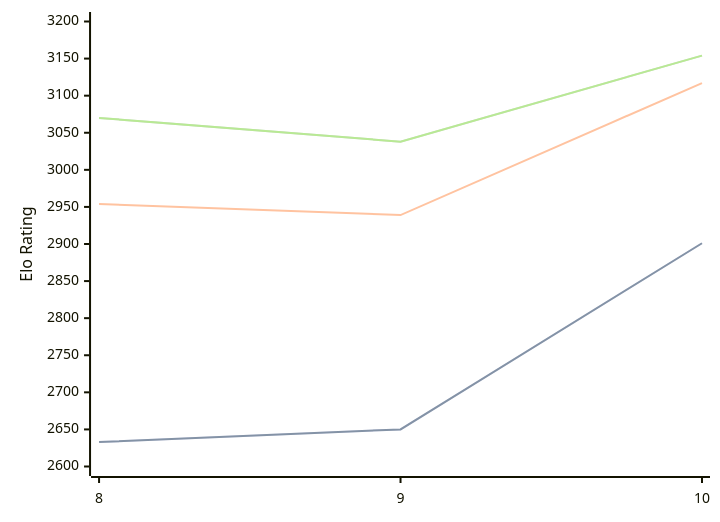
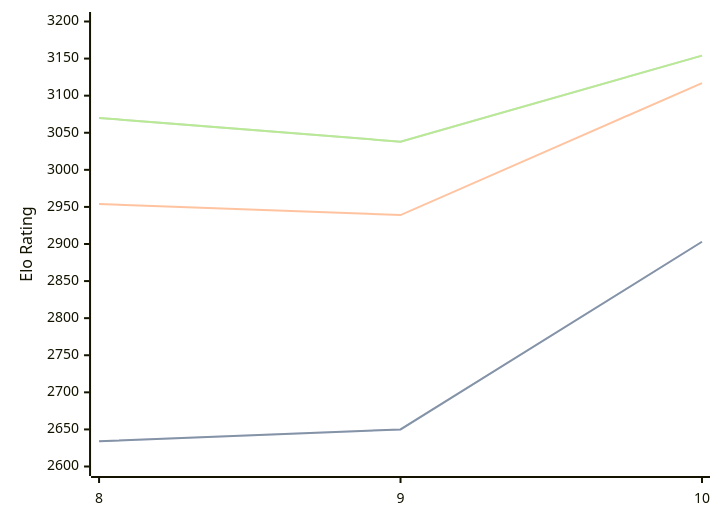
One commit to computer-chess-index/cci changed the diagram in engines/Lozza.md. Above: the diagram before and after it, drawn with Mermaid. The commit also changed other lines of this file, not shown here.

````diff
--- a/engines/Lozza.md
+++ b/engines/Lozza.md
@@ -41,11 +41,11 @@
 ```mermaid
 %%{init: {"theme":"base","themeVariables":{"seriesColors:['#a3a3a3','#222221','#faa371']}}}%%
 xychart-beta
   x-axis ["8", "9", "10"]
   y-axis "Elo Rating" 2600 --> 3200
-  line "STC (8.0+0.08s)" [2633, 2650, 2901]
-  line "STC (8.0+0.08s)" [2633, 2650, 2901]
+  line "STC (8.0+0.08s)" [2634, 2650, 2903]
+  line "STC (8.0+0.08s)" [2634, 2650, 2903]
   line "LTC (60.0+0.60s)" [2954, 2939, 3117]
   line "VLTC (2m24s+1.12s)" [3070, 3038, 3154]
   line "VLTC (2m24s+1.12s)" [3070, 3038, 3154]
 ```
````
